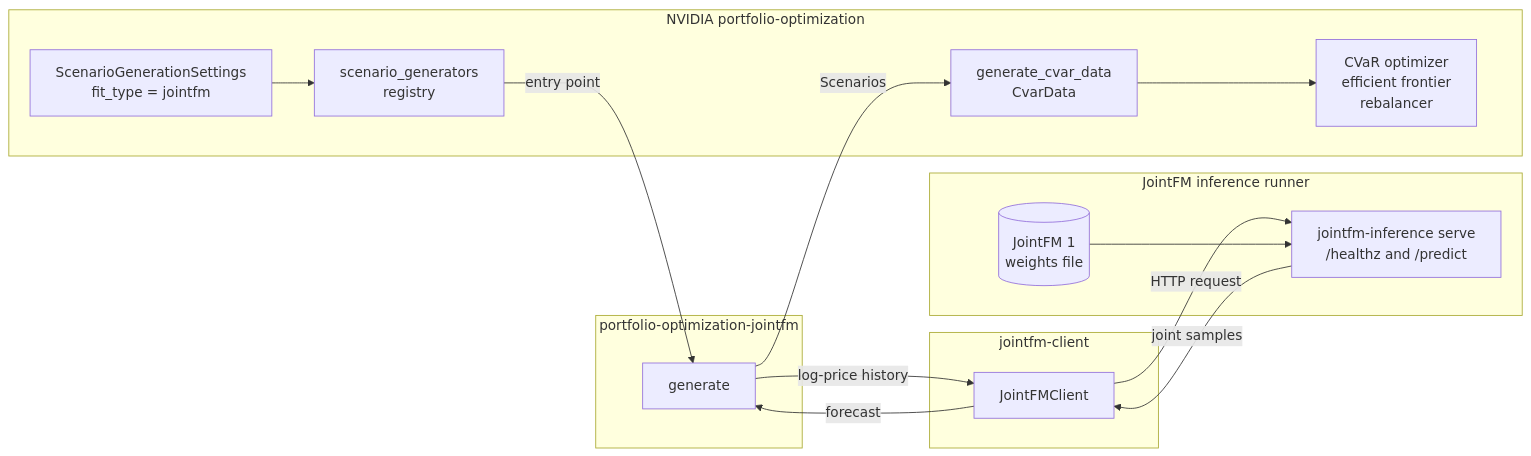
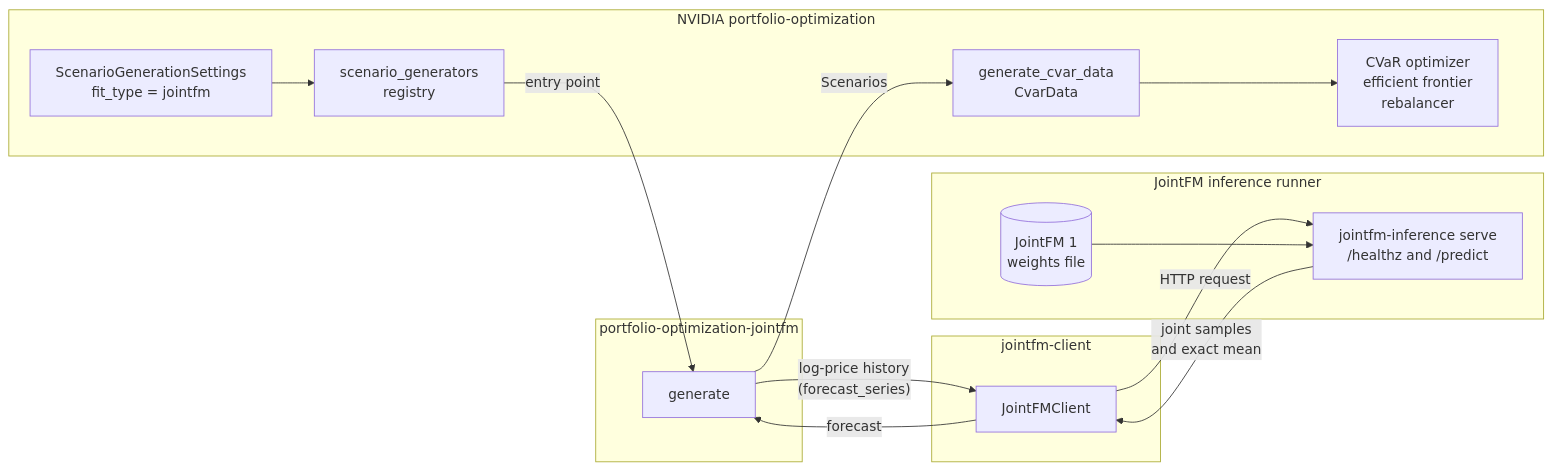
Before and after one commit to datarobot-oss/portfolio-optimization-jointfm: the diagram in README.md, drawn with Mermaid. The commit also changed other lines of this file and 12 other files, not shown here.

````diff
--- a/README.md
+++ b/README.md
@@ -11,29 +11,29 @@
 ```mermaid
 flowchart LR
     subgraph nvidia["NVIDIA portfolio-optimization"]
         settings["ScenarioGenerationSettings<br/>fit_type = jointfm"]
         registry["scenario_generators<br/>registry"]
         cvardata["generate_cvar_data<br/>CvarData"]
         workflows["CVaR optimizer<br/>efficient frontier<br/>rebalancer"]
     end
     subgraph plugin["portfolio-optimization-jointfm"]
         generate["generate"]
     end
     subgraph sdk["jointfm-client"]
         client["JointFMClient"]
     end
     subgraph runner["JointFM inference runner"]
         service["jointfm-inference serve<br/>/healthz and /predict"]
         weights[("JointFM 1<br/>weights file")]
     end
 
     settings --> registry
     registry -->|"entry point"| generate
-    generate -->|"log-price history"| client
+    generate -->|"log-price history<br/>(forecast_series)"| client
     client -->|"HTTP request"| service
     weights --> service
-    service -->|"joint samples"| client
+    service -->|"joint samples<br/>and exact mean"| client
     client -->|"forecast"| generate
     generate -->|"Scenarios"| cvardata
     cvardata --> workflows
 ```
````
